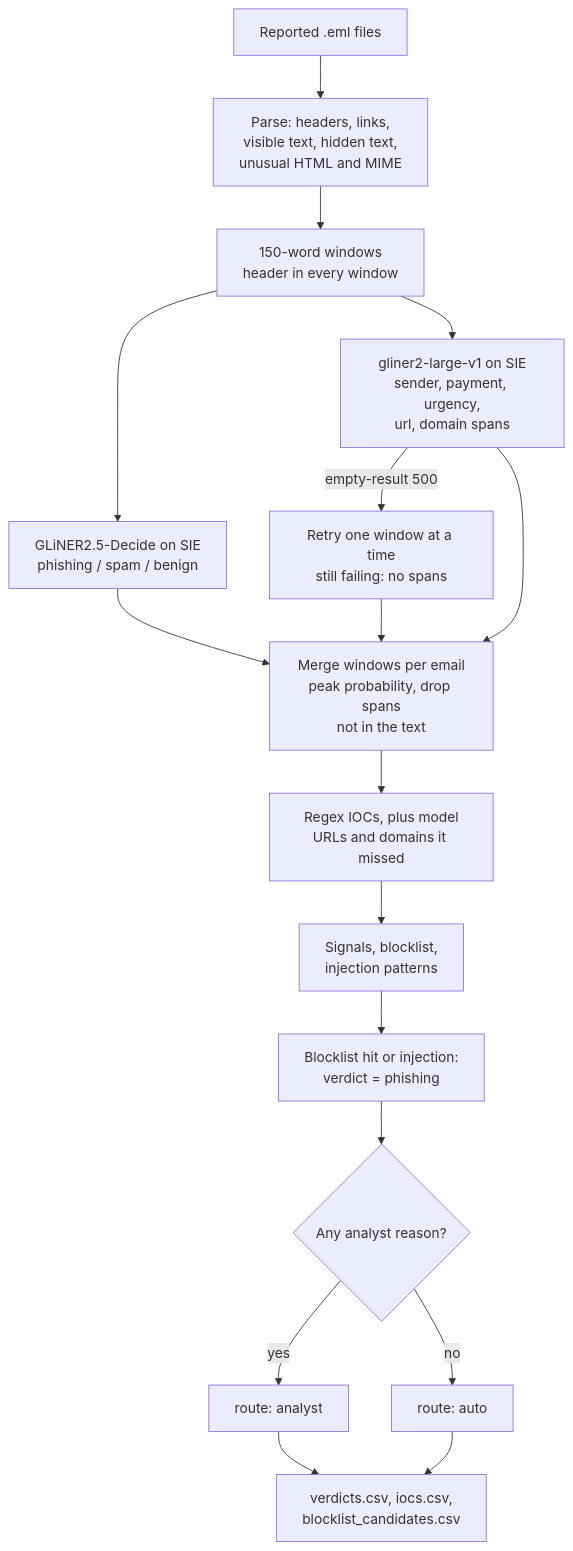
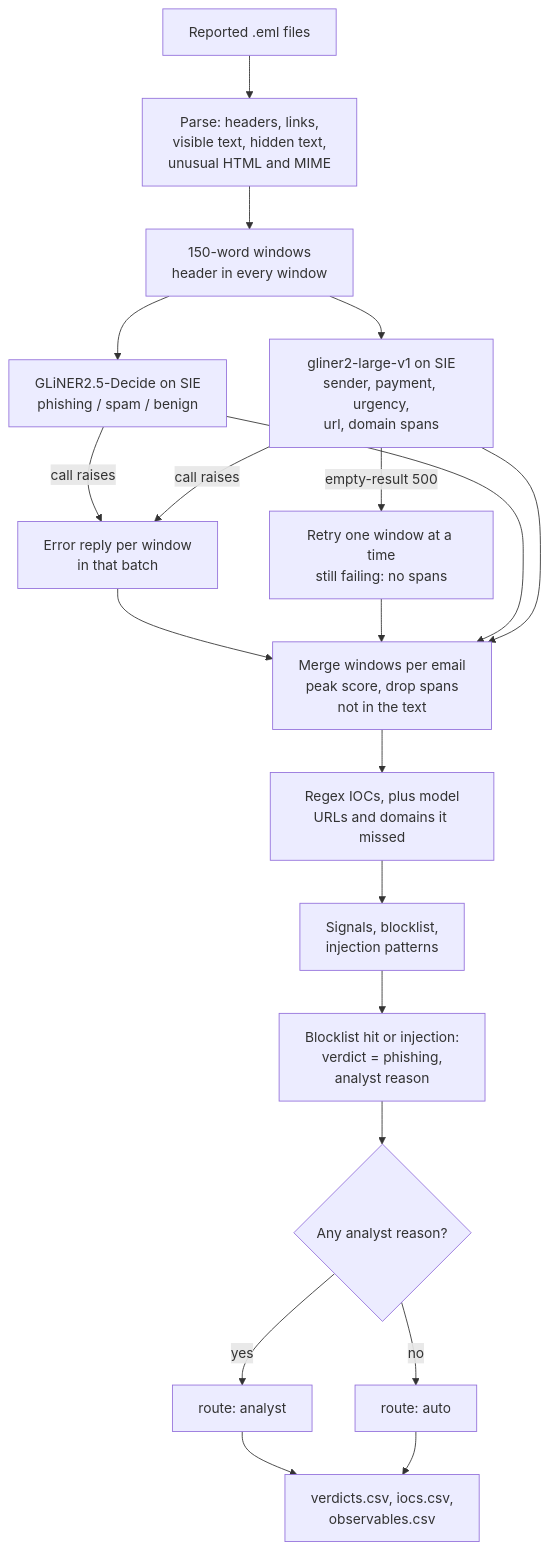
Before and after one commit to superlinked/cookbook: the diagram in security/phishing_triage/README.md, drawn with Mermaid. The commit also changed other lines of this file and 6 other files, not shown here.

First line of the commit message:
fix(security): phishing_triage writes observables, not blocklist candidates

````diff
--- a/security/phishing_triage/README.md
+++ b/security/phishing_triage/README.md
@@ -151,19 +184,22 @@
 ```mermaid
 flowchart TD
     E[Reported .eml files] --> P[Parse: headers, links,<br/>visible text, hidden text,<br/>unusual HTML and MIME]
     P --> W[150-word windows<br/>header in every window]
     W --> V[GLiNER2.5-Decide on SIE<br/>phishing / spam / benign]
     W --> X[gliner2-large-v1 on SIE<br/>sender, payment, urgency,<br/>url, domain spans]
     X -- empty-result 500 --> R[Retry one window at a time<br/>still failing: no spans]
+    V -- call raises --> Q[Error reply per window<br/>in that batch]
+    X -- call raises --> Q
+    Q --> M
     R --> M
-    V --> M[Merge windows per email<br/>peak probability, drop spans<br/>not in the text]
+    V --> M[Merge windows per email<br/>peak score, drop spans<br/>not in the text]
     X --> M
     M --> I[Regex IOCs, plus model<br/>URLs and domains it missed]
     I --> S[Signals, blocklist,<br/>injection patterns]
-    S --> F[Blocklist hit or injection:<br/>verdict = phishing]
+    S --> F[Blocklist hit or injection:<br/>verdict = phishing,<br/>analyst reason]
     F --> D{Any analyst reason?}
     D -- yes --> A[route: analyst]
     D -- no --> U[route: auto]
-    A --> O[verdicts.csv, iocs.csv,<br/>blocklist_candidates.csv]
+    A --> O[verdicts.csv, iocs.csv,<br/>observables.csv]
     U --> O
 ```
````
